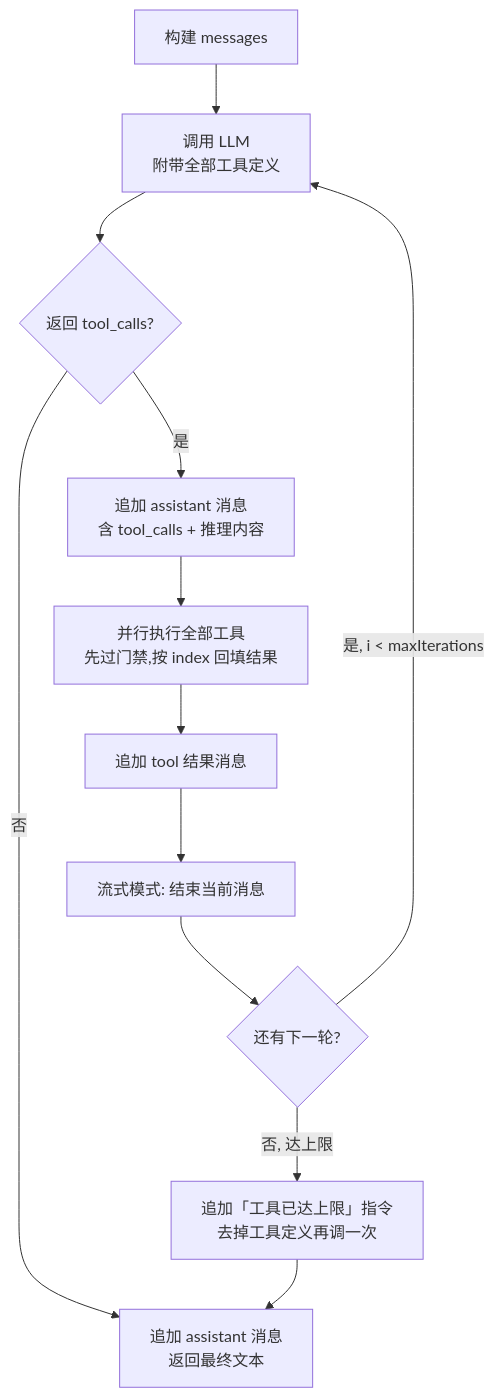
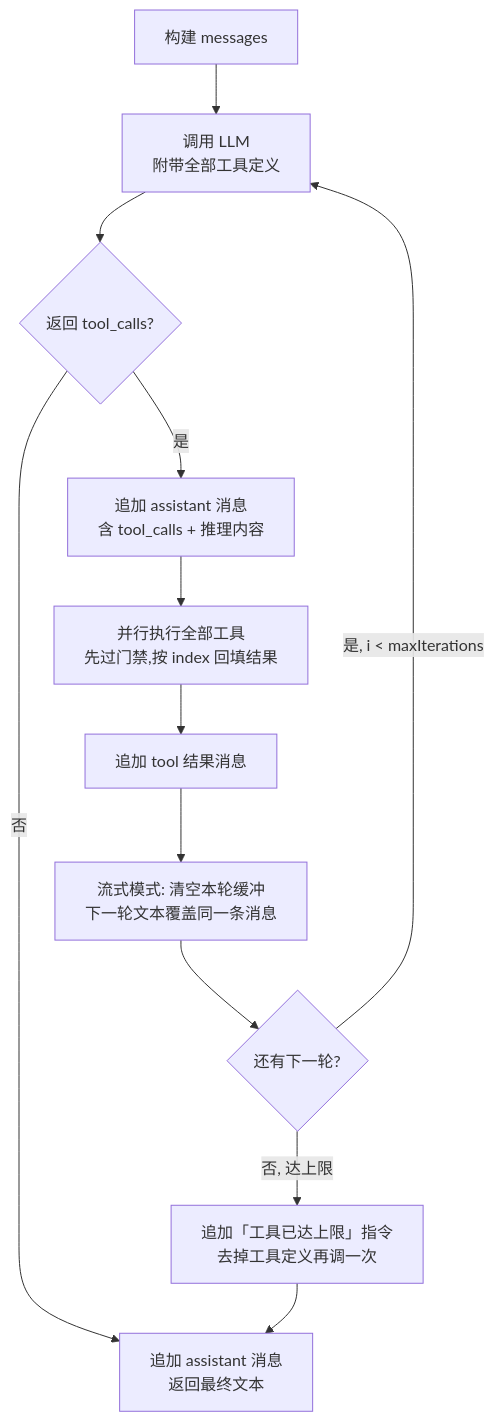
Before and after one commit to AniaBot-Project/AniaBot: the third of 3 diagrams in docs/internals/agent-llm.md, drawn with Mermaid. The commit also changed other lines of this file and 12 other files, not shown here.

````diff
--- a/docs/internals/agent-llm.md
+++ b/docs/internals/agent-llm.md
@@ -114,14 +114,14 @@
 ```mermaid
 flowchart TB
     A[构建 messages] --> B[调用 LLM<br/>附带全部工具定义]
     B --> C{返回 tool_calls?}
     C -->|否| D[追加 assistant 消息<br/>返回最终文本]
     C -->|是| E[追加 assistant 消息<br/>含 tool_calls + 推理内容]
     E --> F[并行执行全部工具<br/>先过门禁,按 index 回填结果]
     F --> G[追加 tool 结果消息]
-    G --> H[流式模式: 结束当前消息]
+    G --> H[流式模式: 清空本轮缓冲<br/>下一轮文本覆盖同一条消息]
     H --> I{还有下一轮?}
     I -->|是, i < maxIterations| B
     I -->|否, 达上限| J["追加「工具已达上限」指令<br/>去掉工具定义再调一次"]
     J --> D
 ```
````
